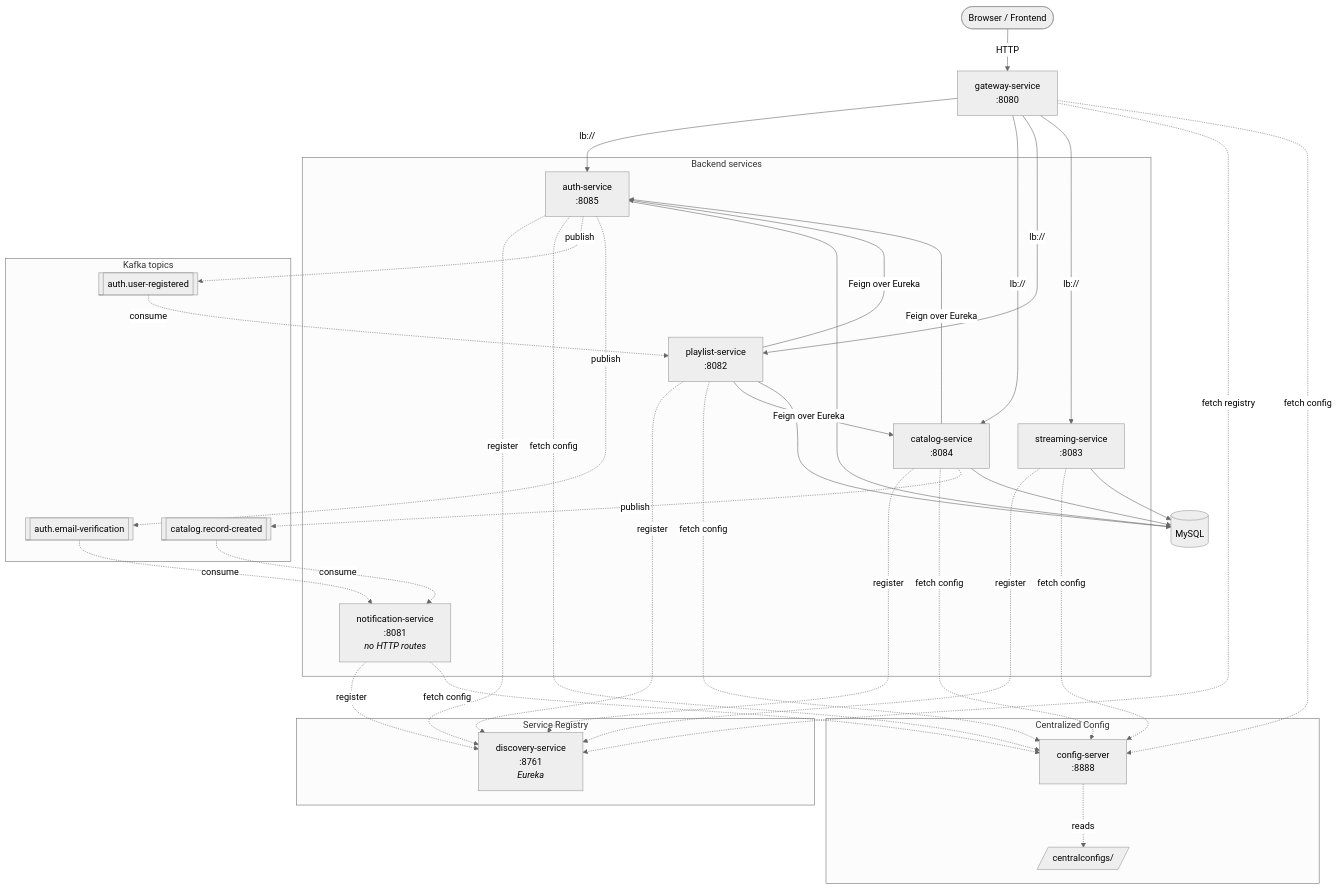
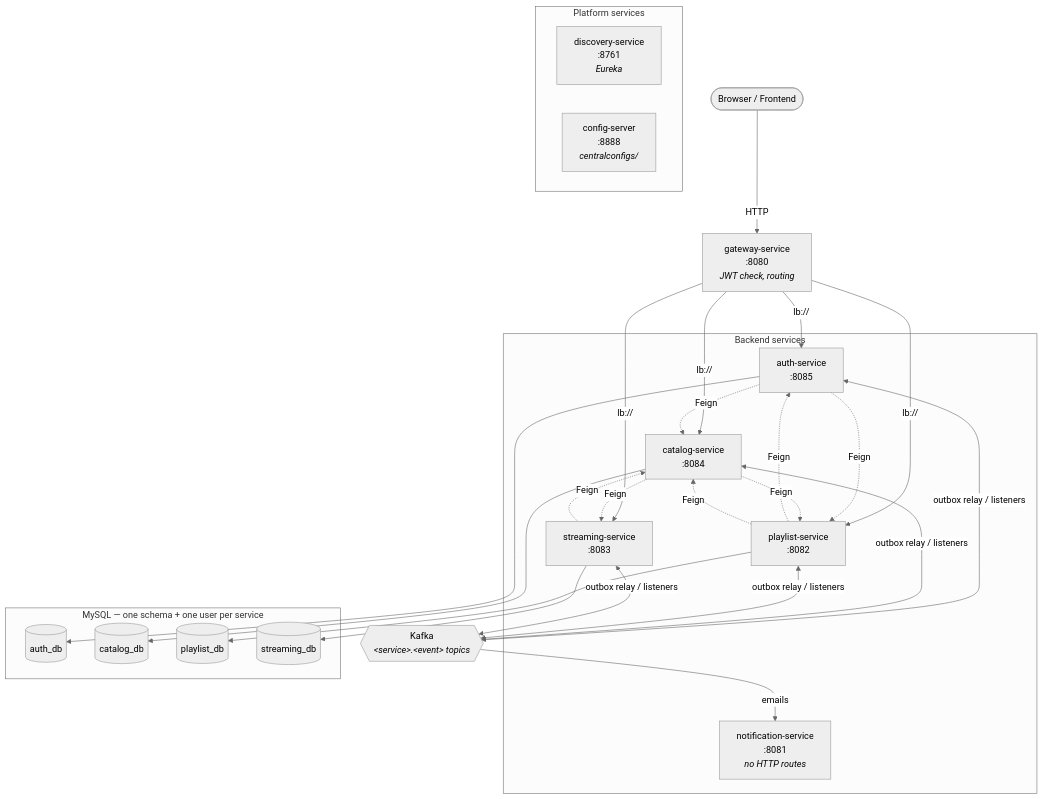
The first of 8 diagrams in README.md (harshithrao07/cadence), drawn with Mermaid (neutral theme) before and after one commit. The commit also changed other lines of this file and 5 other files, not shown here.

First line of the commit message:
docs: document database-per-service architecture and sagas

````diff
--- a/README.md
+++ b/README.md
@@ -98,66 +99,42 @@
 ```mermaid
 flowchart TB
     client([Browser / Frontend])
+    client -->|HTTP| gateway[gateway-service<br/>:8080<br/><i>JWT check, routing</i>]
 
-    client -->|HTTP| gateway[gateway-service<br/>:8080]
-
-    subgraph SR[Service Registry]
+    subgraph PLATFORM[Platform services]
         eureka[discovery-service<br/>:8761<br/><i>Eureka</i>]
-    end
-
-    subgraph CFG[Centralized Config]
-        cfgsrv[config-server<br/>:8888]
-        repo[/centralconfigs//]
-        cfgsrv -.reads.-> repo
+        cfgsrv[config-server<br/>:8888<br/><i>centralconfigs/</i>]
     end
 
     subgraph BE[Backend services]
         auth[auth-service<br/>:8085]
         catalog[catalog-service<br/>:8084]
         playlist[playlist-service<br/>:8082]
         streaming[streaming-service<br/>:8083]
         notif[notification-service<br/>:8081<br/><i>no HTTP routes</i>]
     end
 
-    gateway -->|lb://| auth
-    gateway -->|lb://| catalog
-    gateway -->|lb://| playlist
-    gateway -->|lb://| streaming
+    gateway -->|lb://| auth & catalog & playlist & streaming
 
-    auth -.register.-> eureka
-    catalog -.register.-> eureka
-    playlist -.register.-> eureka
-    streaming -.register.-> eureka
-    notif -.register.-> eureka
-    gateway -.fetch registry.-> eureka
-
-    auth -.fetch config.-> cfgsrv
-    catalog -.fetch config.-> cfgsrv
-    playlist -.fetch config.-> cfgsrv
-    streaming -.fetch config.-> cfgsrv
-    notif -.fetch config.-> cfgsrv
-    gateway -.fetch config.-> cfgsrv
-
-    subgraph KAFKA[Kafka topics]
-        userCreated[[auth.user-registered]]
-        emailVerif[[auth.email-verification]]
-        recordCreated[[catalog.record-created]]
+    subgraph MYSQL[MySQL — one schema + one user per service]
+        authdb[(auth_db)]
+        catdb[(catalog_db)]
+        pldb[(playlist_db)]
+        stdb[(streaming_db)]
     end
 
-    auth -.publish.-> userCreated
-    auth -.publish.-> emailVerif
-    catalog -.publish.-> recordCreated
+    auth --> authdb
+    catalog --> catdb
+    playlist --> pldb
+    streaming --> stdb
 
-    userCreated -.consume.-> playlist
-    emailVerif -.consume.-> notif
-    recordCreated -.consume.-> notif
+    kafka{{Kafka<br/><i>&lt;service&gt;.&lt;event&gt; topics</i>}}
+    auth & catalog & playlist & streaming <-->|outbox relay / listeners| kafka
+    kafka -->|emails| notif
 
-    catalog -->|Feign over Eureka| auth
-    playlist -->|Feign over Eureka| auth
-    playlist -->|Feign over Eureka| catalog
+    auth -.->|Feign| catalog & playlist
+    catalog -.->|Feign| playlist & streaming
+    playlist -.->|Feign| auth & catalog
+    streaming -.->|Feign| catalog
 
-    auth --> mysql[(MySQL)]
-    catalog --> mysql
-    playlist --> mysql
-    streaming --> mysql
 ```
````
